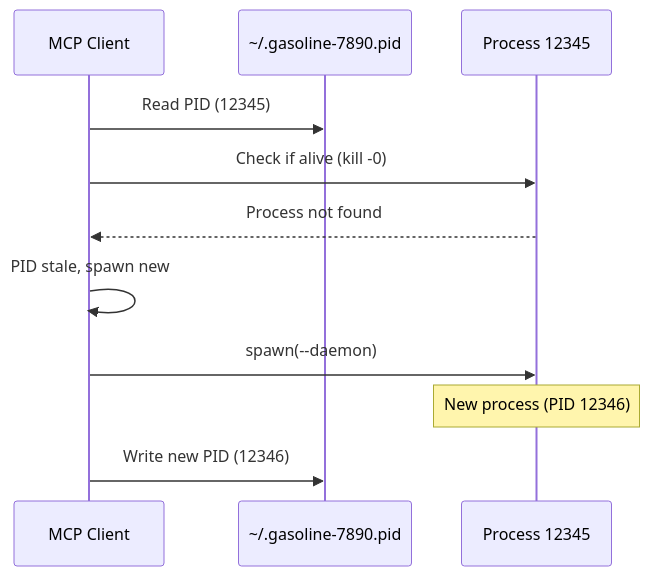
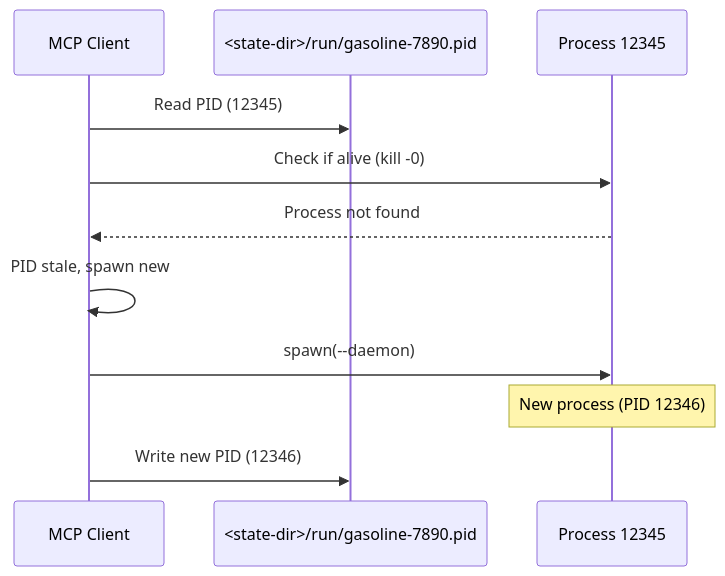
One commit to brennhill/gasoline-mcp-ai-devtools changed the sixth of 17 diagrams in docs/features/mcp-persistent-server/architecture.md. Above: the diagram before and after it, drawn with Mermaid. The commit also changed other lines of this file and 975 other files, not shown here.

````diff
--- a/docs/features/mcp-persistent-server/architecture.md
+++ b/docs/features/mcp-persistent-server/architecture.md
@@ -266,14 +270,14 @@
 ```mermaid
 sequenceDiagram
     participant Client as MCP Client
-    participant PIDFile as ~/.gasoline-7890.pid
+    participant PIDFile as <state-dir>/run/gasoline-7890.pid
     participant Process as Process 12345
 
     Client->>PIDFile: Read PID (12345)
     Client->>Process: Check if alive (kill -0)
     Process-->>Client: Process not found
     Client->>Client: PID stale, spawn new
     Client->>Process: spawn(--daemon)
     Note over Process: New process (PID 12346)
     Client->>PIDFile: Write new PID (12346)
 ```
````
